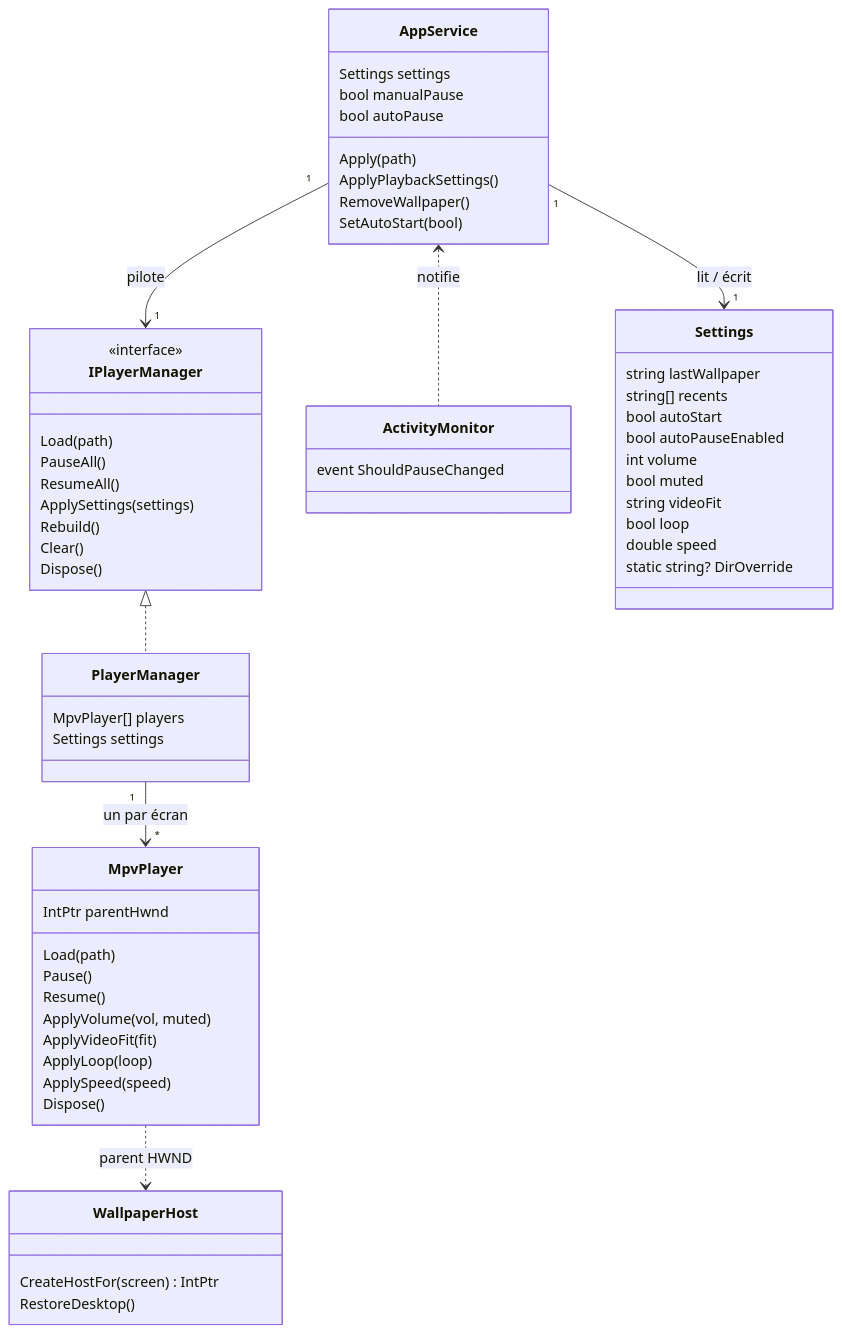
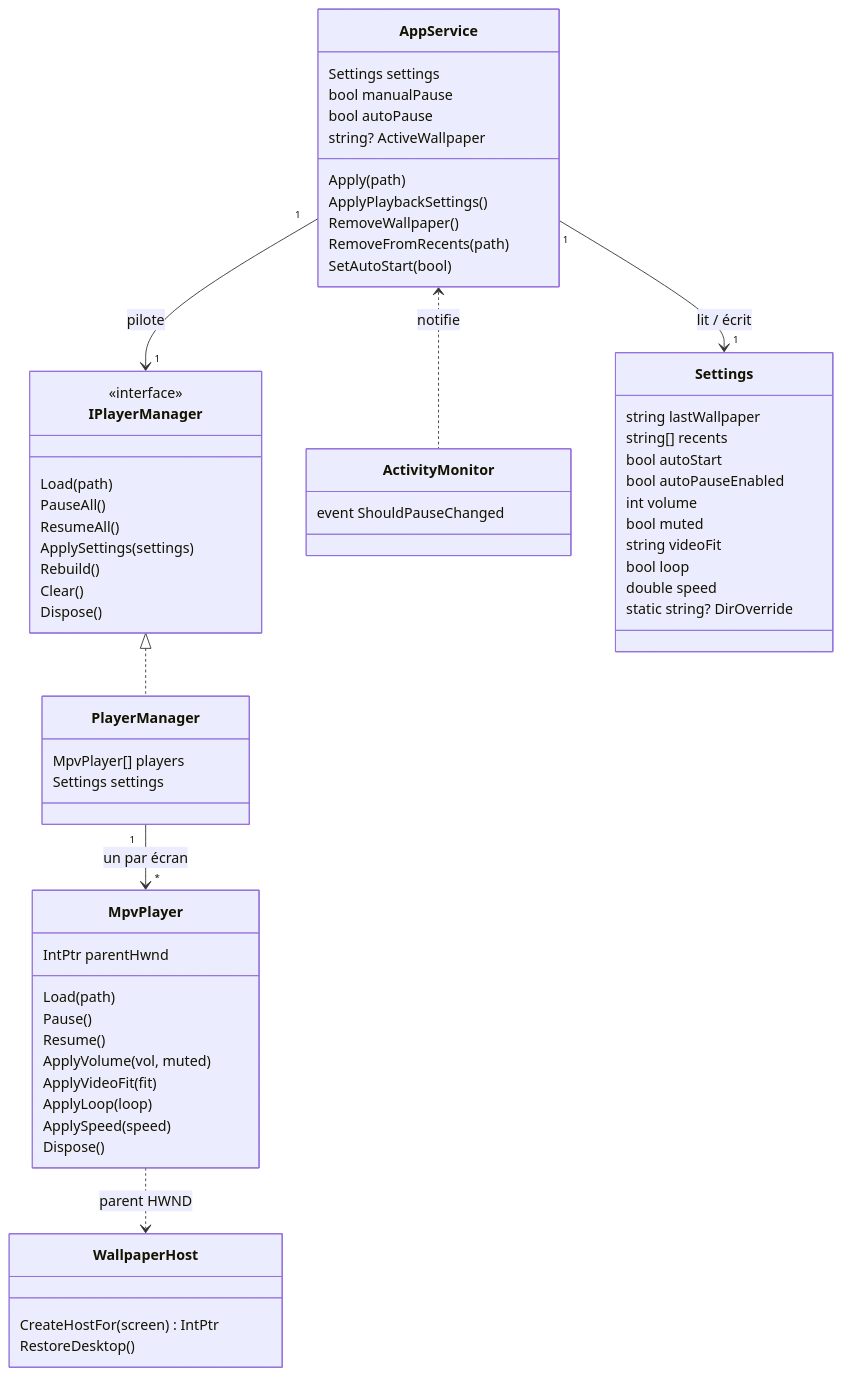
The first of 5 diagrams in docs/ARCHITECTURE-TECHNIQUE.md (KevinT78/wallflow), drawn with Mermaid before and after one commit. The commit also changed other lines of this file and 2 other files, not shown here.

Commit message:
docs: sync refonte fenetre (glossaire, vue produit, architecture)

````diff
--- a/docs/ARCHITECTURE-TECHNIQUE.md
+++ b/docs/ARCHITECTURE-TECHNIQUE.md
@@ -33,62 +33,64 @@
 ```mermaid
 classDiagram
     class IPlayerManager {
         <<interface>>
         Load(path)
         PauseAll()
         ResumeAll()
         ApplySettings(settings)
         Rebuild()
         Clear()
         Dispose()
     }
     class AppService {
         Settings settings
         bool manualPause
         bool autoPause
+        string? ActiveWallpaper
         Apply(path)
         ApplyPlaybackSettings()
         RemoveWallpaper()
+        RemoveFromRecents(path)
         SetAutoStart(bool)
     }
     class PlayerManager {
         MpvPlayer[] players
         Settings settings
     }
     class MpvPlayer {
         IntPtr parentHwnd
         Load(path)
         Pause()
         Resume()
         ApplyVolume(vol, muted)
         ApplyVideoFit(fit)
         ApplyLoop(loop)
         ApplySpeed(speed)
         Dispose()
     }
     class WallpaperHost {
         CreateHostFor(screen) IntPtr
         RestoreDesktop()
     }
     class ActivityMonitor {
         event ShouldPauseChanged
     }
     class Settings {
         string lastWallpaper
         string[] recents
         bool autoStart
         bool autoPauseEnabled
         int volume
         bool muted
         string videoFit
         bool loop
         double speed
         static string? DirOverride
     }
     IPlayerManager <|.. PlayerManager
     AppService "1" --> "1" IPlayerManager : pilote
     AppService "1" --> "1" Settings : lit / écrit
     AppService <.. ActivityMonitor : notifie
     PlayerManager "1" --> "*" MpvPlayer : un par écran
     MpvPlayer ..> WallpaperHost : parent HWND
 ```
````
